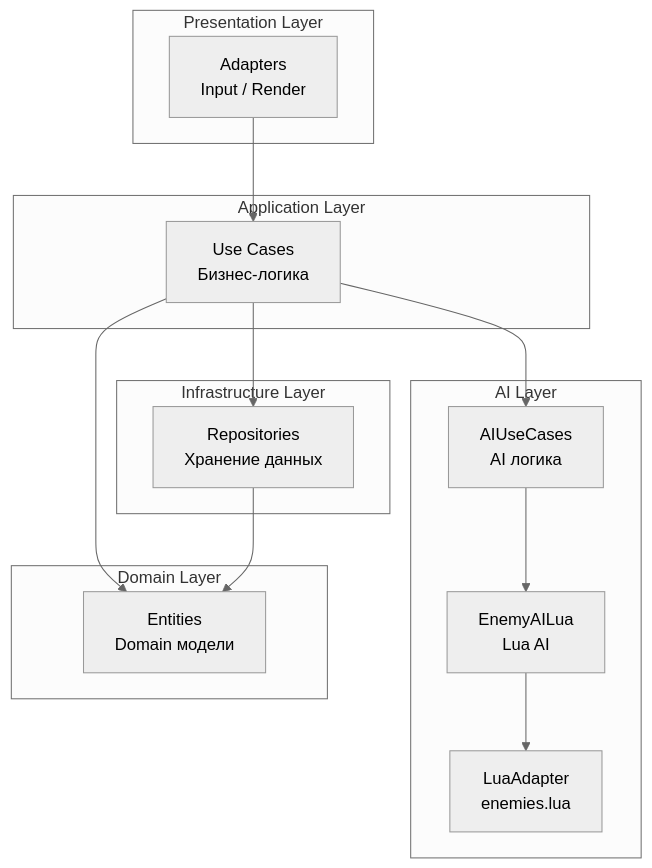
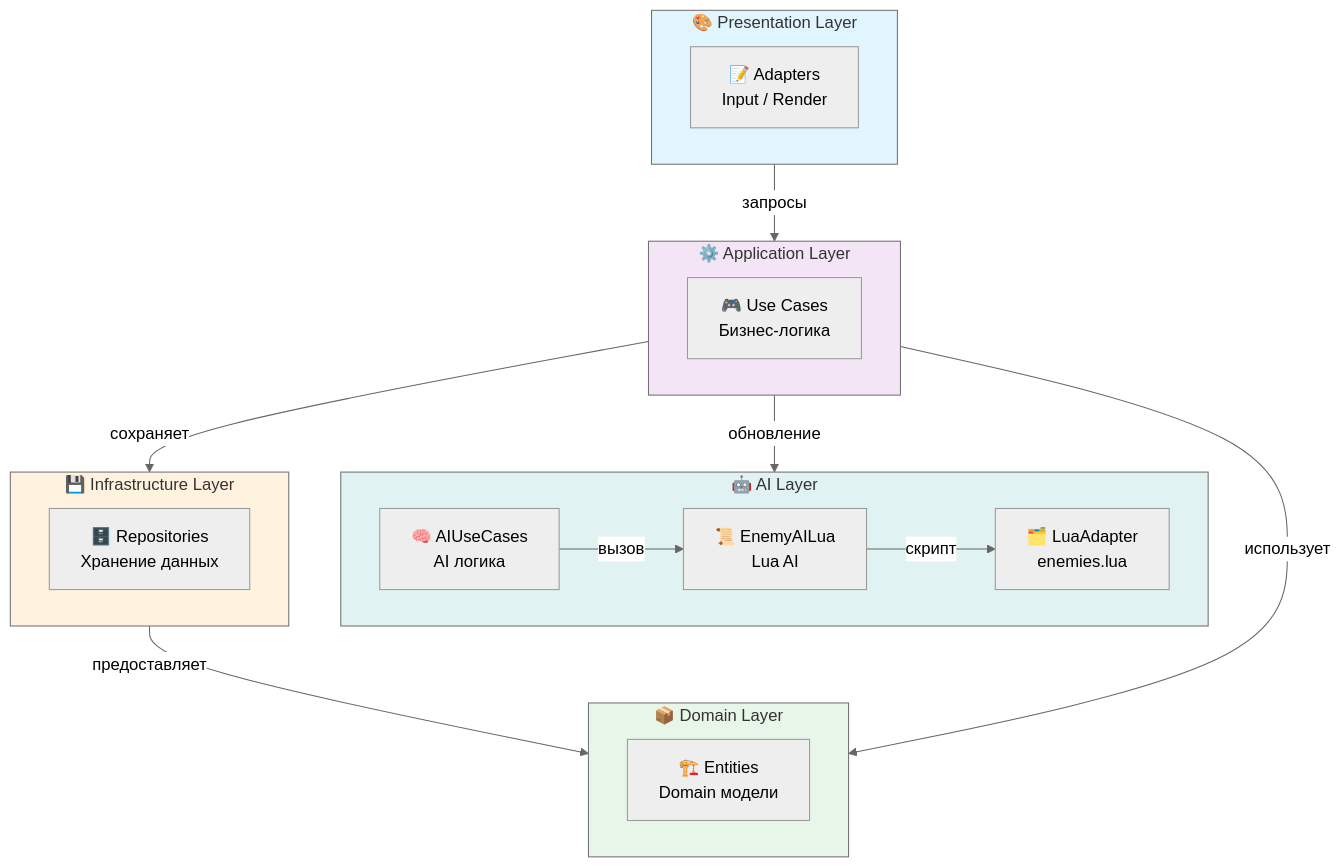
The first of 3 diagrams in README.md (shpaker/tnk9x), drawn with Mermaid (neutral theme) before and after one commit. The commit also changed other lines of this file and 16 other files, not shown here.

````diff
--- a/README.md
+++ b/README.md
@@ -102,32 +102,43 @@
 ```mermaid
 graph TB
-    subgraph "Presentation Layer"
-        Adapters[Adapters<br/>Input / Render]
+    subgraph P["🎨 Presentation Layer"]
+        direction LR
+        Adapters["📝 Adapters<br/>Input / Render"]
     end
     
-    subgraph "Application Layer"
-        UseCases[Use Cases<br/>Бизнес-логика]
+    subgraph A["⚙️ Application Layer"]
+        direction LR
+        UseCases["🎮 Use Cases<br/>Бизнес-логика"]
     end
     
-    subgraph "AI Layer"
-        AICases[AIUseCases<br/>AI логика]
-        LuaAI[EnemyAILua<br/>Lua AI]
-        LuaScripts[LuaAdapter<br/>enemies.lua]
+    subgraph AI["🤖 AI Layer"]
+        direction LR
+        AICases["🧠 AIUseCases<br/>AI логика"]
+        LuaAI["📜 EnemyAILua<br/>Lua AI"]
+        LuaScripts["🗂️ LuaAdapter<br/>enemies.lua"]
     end
     
-    subgraph "Domain Layer"
-        Entities[Entities<br/>Domain модели]
+    subgraph D["📦 Domain Layer"]
+        direction LR
+        Entities["🏗️ Entities<br/>Domain модели"]
     end
     
-    subgraph "Infrastructure Layer"
-        Repositories[Repositories<br/>Хранение данных]
+    subgraph I["💾 Infrastructure Layer"]
+        direction LR
+        Repositories["🗄️ Repositories<br/>Хранение данных"]
     end
     
-    Adapters --> UseCases
-    UseCases --> AICases
-    AICases --> LuaAI
-    LuaAI --> LuaScripts
-    UseCases --> Entities
-    Repositories --> Entities
-    UseCases --> Repositories
+    Adapters -->|"запросы"| UseCases
+    UseCases -->|"обновление"| AICases
+    AICases -->|"вызов"| LuaAI
+    LuaAI -->|"скрипт"| LuaScripts
+    UseCases -->|"использует"| Entities
+    Repositories -->|"предоставляет"| Entities
+    UseCases -->|"сохраняет"| Repositories
+    
+    style P fill:#e1f5ff
+    style A fill:#f3e5f5
+    style AI fill:#e0f2f1
+    style D fill:#e8f5e9
+    style I fill:#fff3e0
 ```
````
